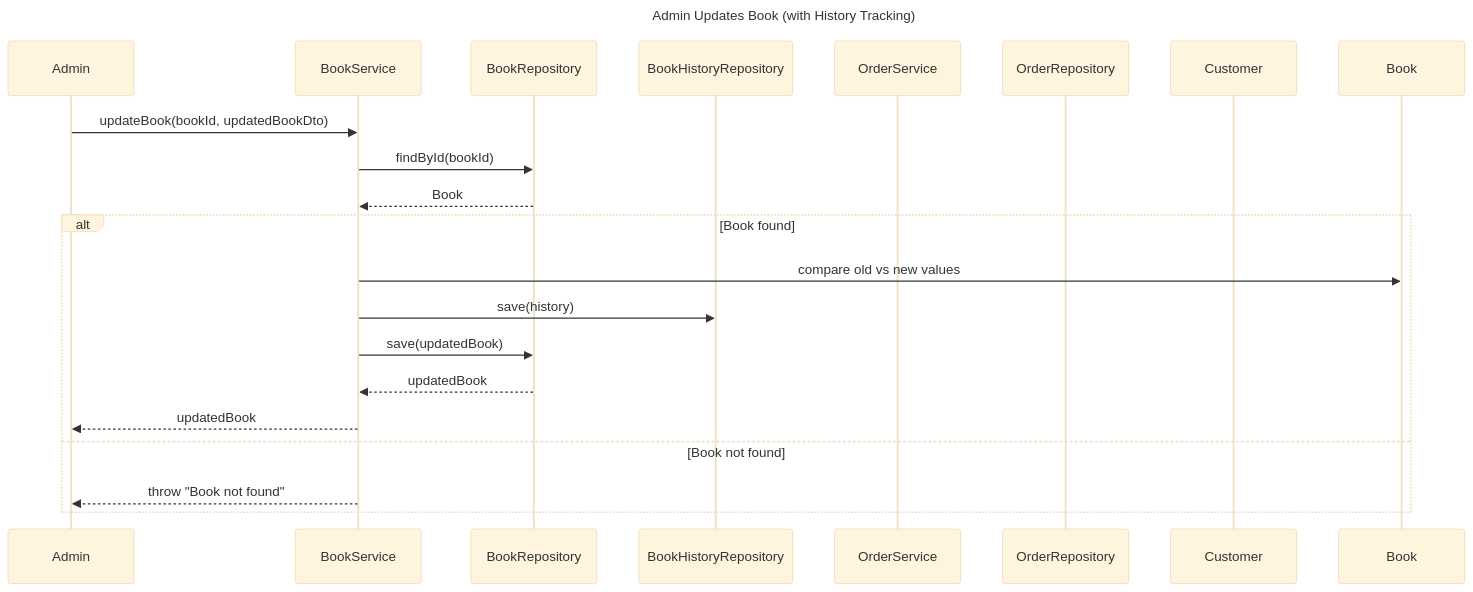
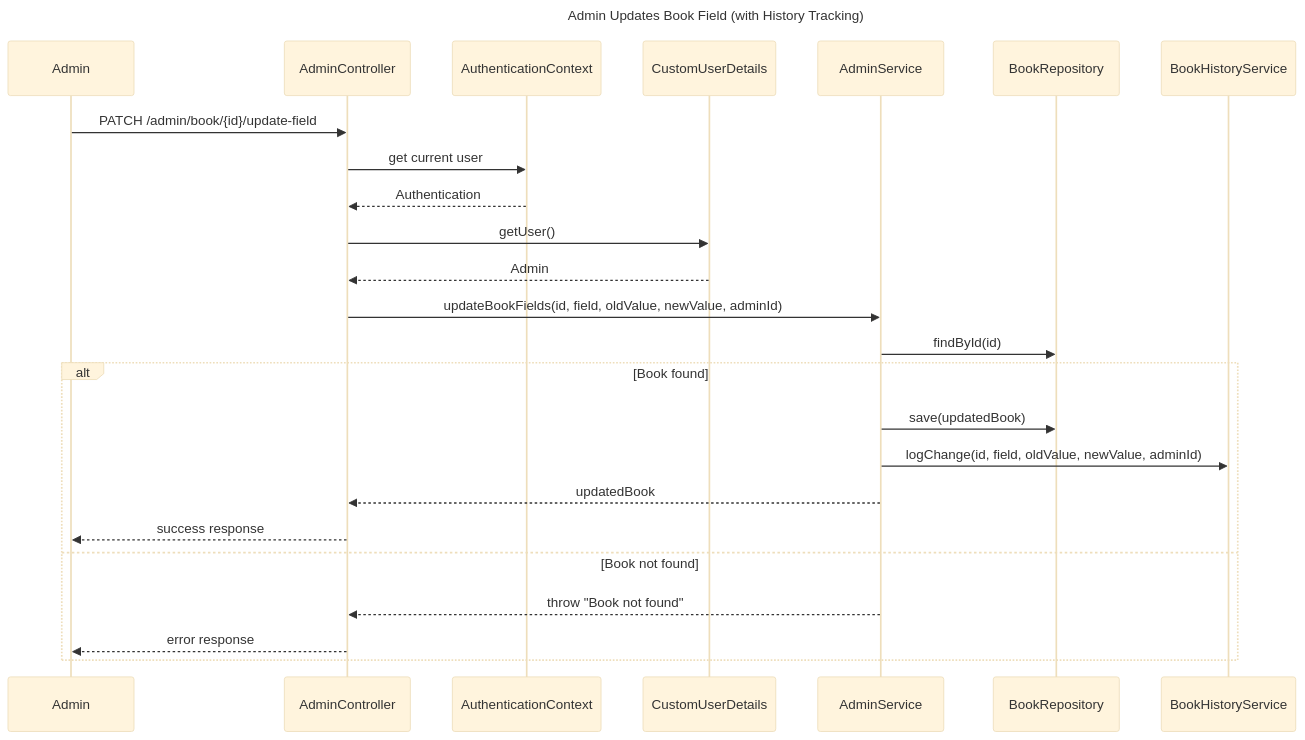
One commit to nourhammmad/Book-Store-System changed the first of 3 diagrams in README.md. Above: the diagram before and after it, drawn with Mermaid (base theme). The commit also changed other lines of this file, not shown here.

Commit message:
docs: update diagram to be up to date

````diff
--- a/README.md
+++ b/README.md
@@ -127,26 +127,29 @@
 ```mermaid
 sequenceDiagram
-    title Admin Updates Book (with History Tracking)
+    title Admin Updates Book Field (with History Tracking)
 
     participant Admin
-    participant BookService
+    participant AdminController
+    participant AuthenticationContext
+    participant CustomUserDetails
+    participant AdminService
     participant BookRepository
-    participant BookHistoryRepository
-    participant OrderService
-    participant OrderRepository
-    participant Customer
+    participant BookHistoryService
 
-    Admin ->> BookService: updateBook(bookId, updatedBookDto)
-    BookService ->> BookRepository: findById(bookId)
-    BookRepository -->> BookService: Book
-
+    Admin ->> AdminController: PATCH /admin/book/{id}/update-field
+    AdminController ->> AuthenticationContext: get current user
+    AuthenticationContext -->> AdminController: Authentication
+    AdminController ->> CustomUserDetails: getUser()
+    CustomUserDetails -->> AdminController: Admin
+    AdminController ->> AdminService: updateBookFields(id, field, oldValue, newValue, adminId)
+    AdminService ->> BookRepository: findById(id)
     alt Book found
-        BookService ->> Book: compare old vs new values
-        BookService ->> BookHistoryRepository: save(history)
-        BookService ->> BookRepository: save(updatedBook)
-        BookRepository -->> BookService: updatedBook
-        BookService -->> Admin: updatedBook
+        AdminService ->> BookRepository: save(updatedBook)
+        AdminService ->> BookHistoryService: logChange(id, field, oldValue, newValue, adminId)
+        AdminService -->> AdminController: updatedBook
+        AdminController -->> Admin: success response
     else Book not found
-        BookService -->> Admin: throw "Book not found"
+        AdminService -->> AdminController: throw "Book not found"
+        AdminController -->> Admin: error response
     end
 ```
````
